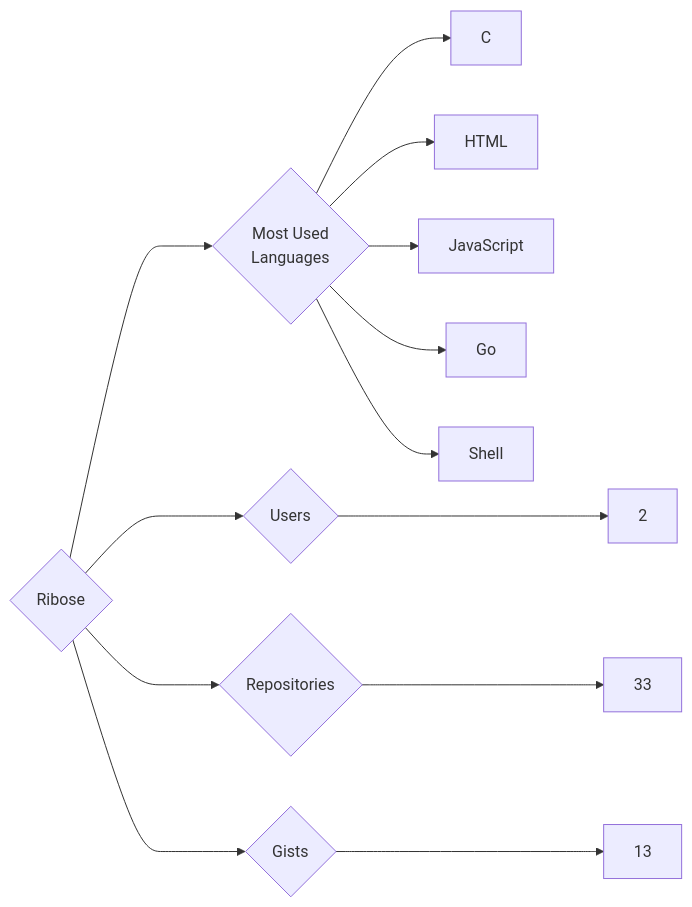
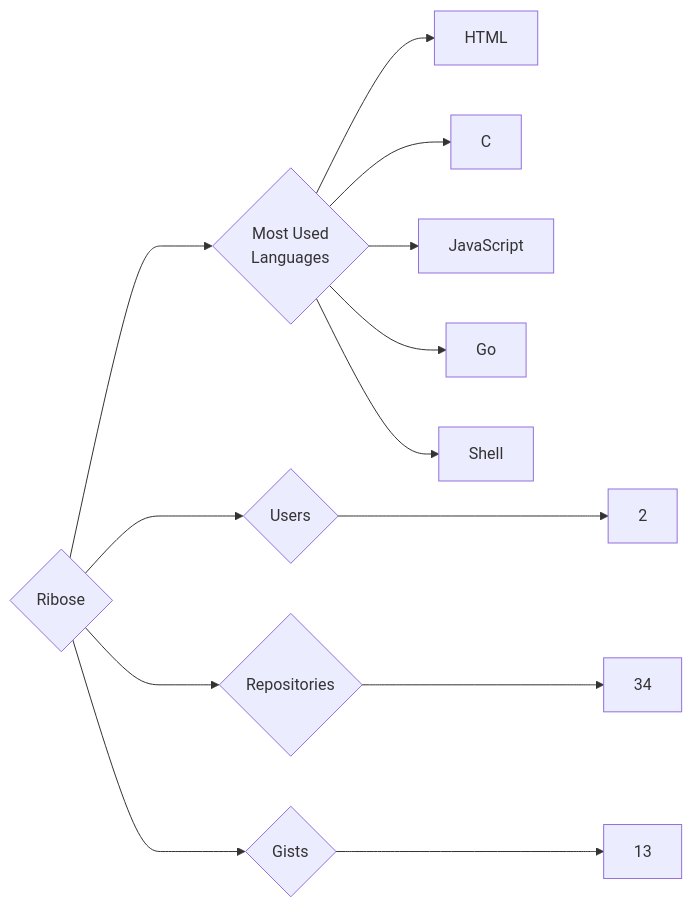
One commit to trickest/insiders changed the diagram in targets/Ribose/README.md. Above: the diagram before and after it, drawn with Mermaid. The commit also changed 970 other files, not shown here.

````diff
--- a/targets/Ribose/README.md
+++ b/targets/Ribose/README.md
@@ -3,13 +3,13 @@
 ```mermaid
 graph LR
 COMPANY_NAME{Ribose}
 COMPANY_NAME ---> U{Users} ---> UN[2]
-COMPANY_NAME ---> R{Repositories} ---> RN[33]
+COMPANY_NAME ---> R{Repositories} ---> RN[34]
 COMPANY_NAME ---> G{Gists} ---> GN[13]
 COMPANY_NAME ---> ML{Most Used<br>Languages}
+ML --> HTML[HTML]
 ML --> C[C]
-ML --> HTML[HTML]
 ML --> JavaScript[JavaScript]
 ML --> Go[Go]
 ML --> Shell[Shell]
 ```
````
